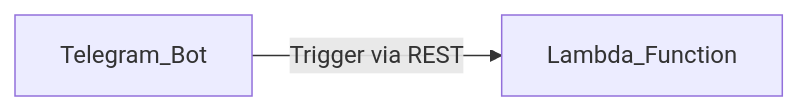
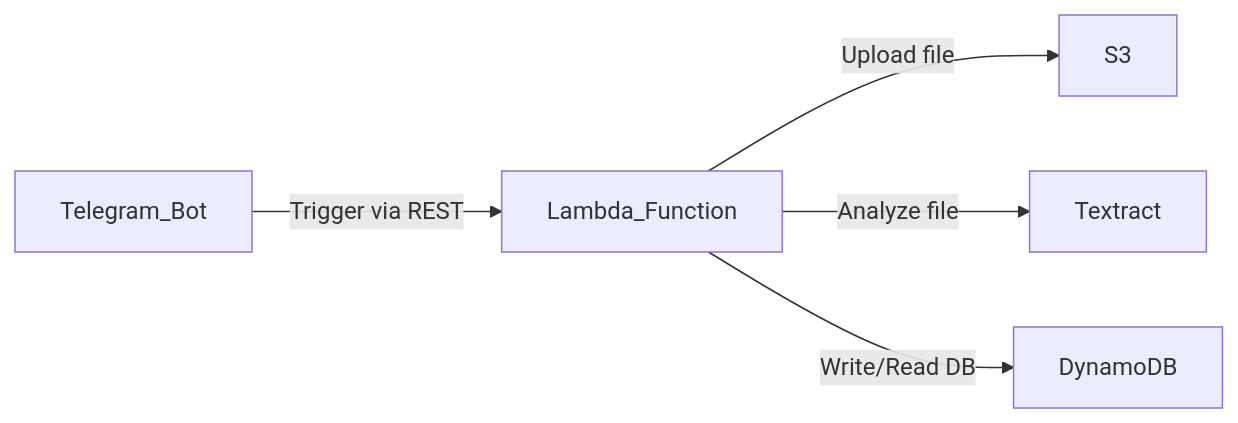
One commit to ludesdeveloper/expense_app changed the diagram in README.md. Above: the diagram before and after it, drawn with Mermaid. The commit also changed other lines of this file, not shown here.

Commit message:
update diagram

````diff
--- a/README.md
+++ b/README.md
@@ -8,4 +7,7 @@
 ```mermaid
 flowchart LR
     Telegram_Bot-- Trigger via REST -->Lambda_Function
+    Lambda_Function-- Upload file --> S3
+    Lambda_Function-- Analyze file --> Textract
+    Lambda_Function-- Write/Read DB --> DynamoDB
 ```
````
